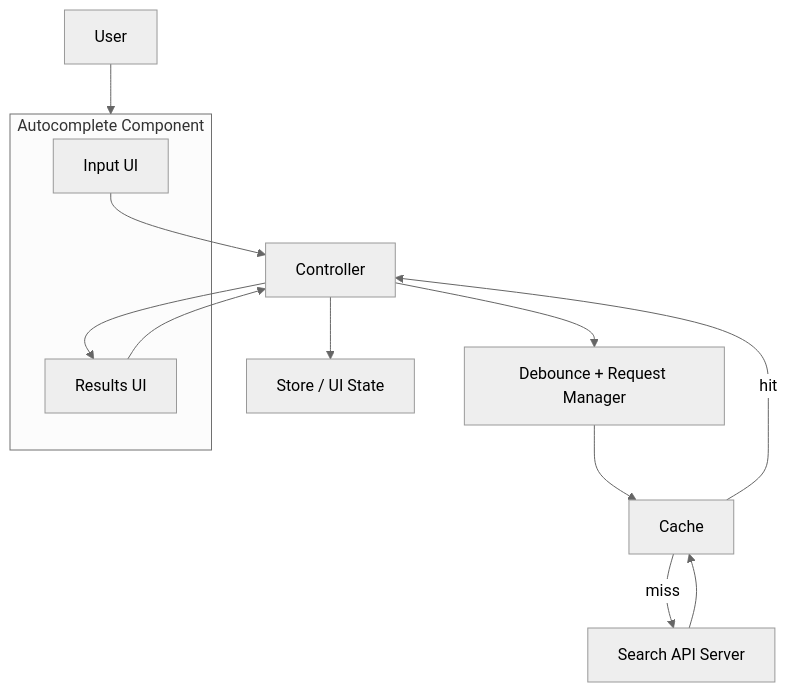
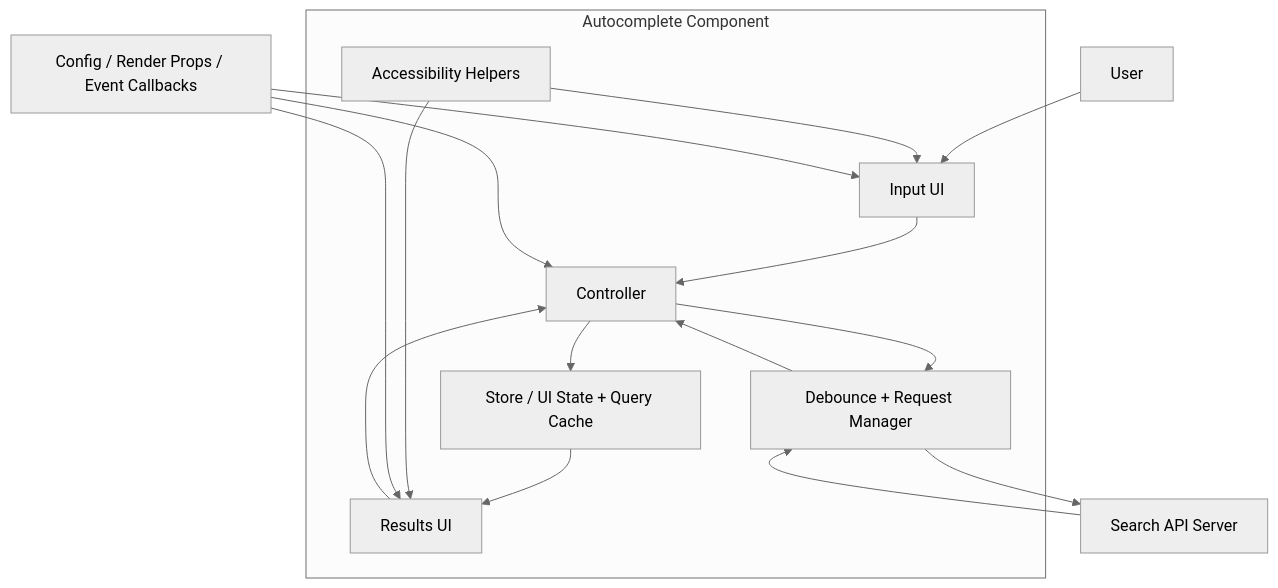
One commit to shubhamd99/private-learnings changed the first of 2 diagrams in SystemDesign/React/DesignSearch.md. Above: the diagram before and after it, drawn with Mermaid (neutral theme). The commit also changed other lines of this file, not shown here.

Commit message:
Design search

````diff
--- a/SystemDesign/React/DesignSearch.md
+++ b/SystemDesign/React/DesignSearch.md
@@ -64,19 +64,27 @@
 ```mermaid
 graph TD
-    USER[User] --> AC[Autocomplete Component]
+    USER[User] --> INPUT
 
-    subgraph AC[Autocomplete Component]
+    subgraph AUTOCOMPLETE[Autocomplete Component]
         INPUT[Input UI]
         RESULTS[Results UI]
+        CONTROLLER[Controller]
+        STORE[Store / UI State + Query Cache]
+        REQUEST[Debounce + Request Manager]
+        A11Y[Accessibility Helpers]
     end
 
     INPUT --> CONTROLLER[Controller]
     RESULTS --> CONTROLLER
-    CONTROLLER --> STORE[Store / UI State]
-    CONTROLLER --> DEBOUNCE[Debounce + Request Manager]
-    DEBOUNCE --> CACHE[Cache]
-    CACHE -->|hit| CONTROLLER
-    CACHE -->|miss| SERVER[Search API Server]
-    SERVER --> CACHE
-    CONTROLLER --> RESULTS
+    CONTROLLER --> STORE[Store / UI State + Query Cache]
+    CONTROLLER --> REQUEST
+    REQUEST --> SERVER[Search API Server]
+    SERVER --> REQUEST
+    REQUEST --> CONTROLLER
+    STORE --> RESULTS
+    A11Y --> INPUT
+    A11Y --> RESULTS
+    CONFIG[Config / Render Props / Event Callbacks] --> INPUT
+    CONFIG --> RESULTS
+    CONFIG --> CONTROLLER
 ```
````
